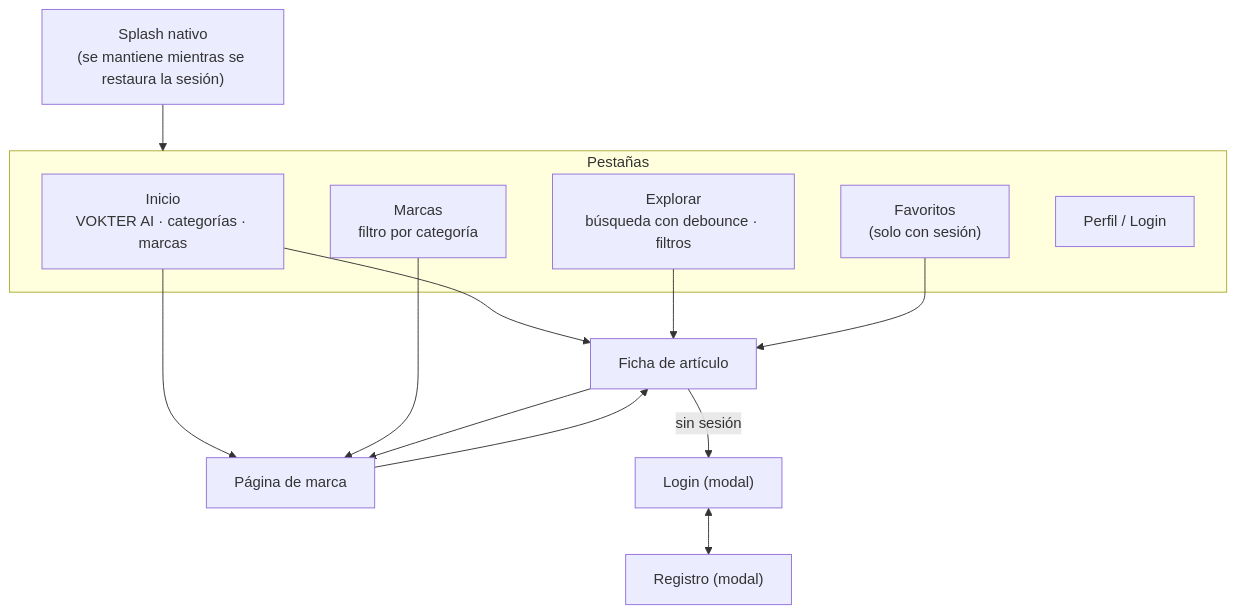
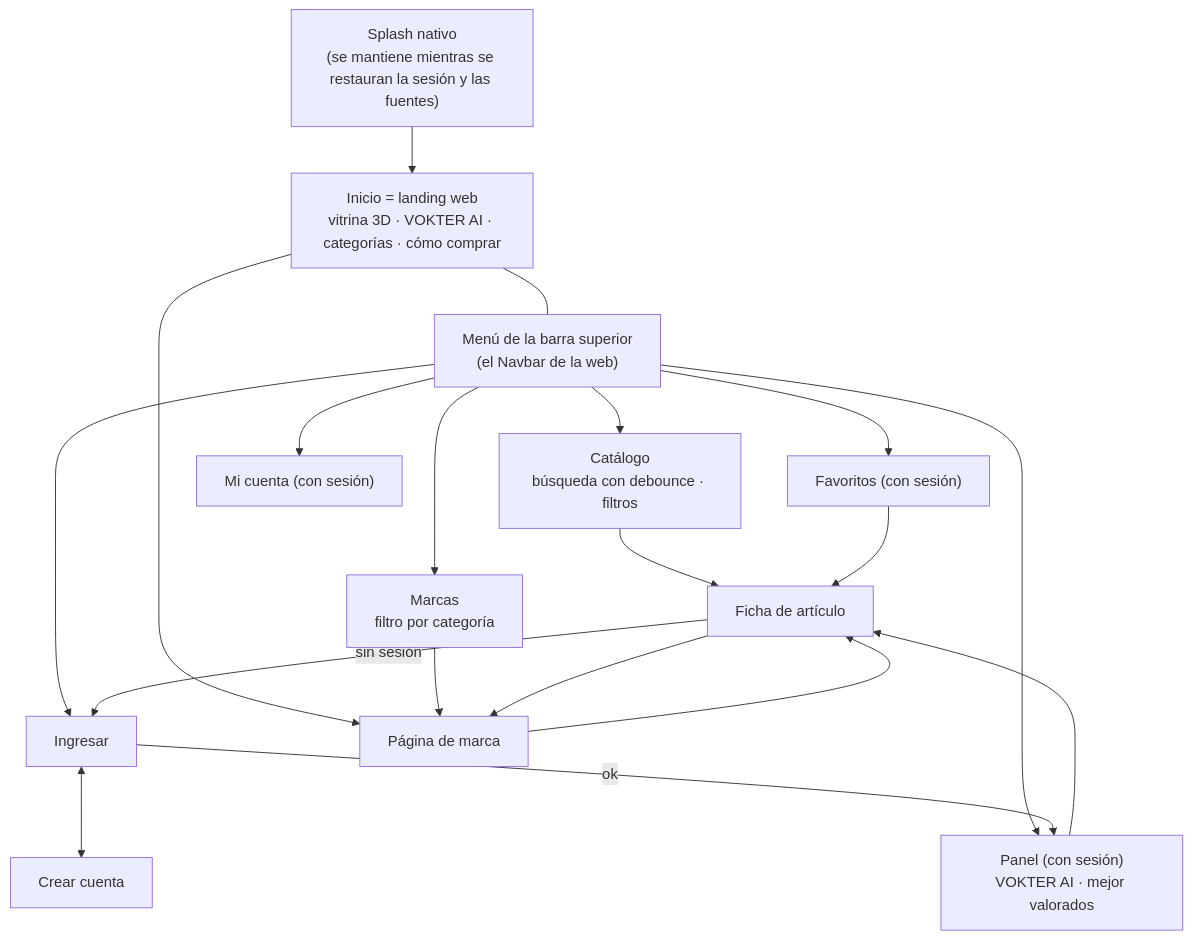
The second of 3 diagrams in docs/flows.md (Brayabn/vokter), drawn with Mermaid before and after one commit. The commit also changed other lines of this file and 48 other files, not shown here.

````diff
--- a/docs/flows.md
+++ b/docs/flows.md
@@ -48,20 +48,23 @@
 ```mermaid
 flowchart TD
-  Splash["Splash nativo<br/>(se mantiene mientras se restaura la sesión)"] --> Tabs
-  subgraph Tabs["Pestañas"]
-    Inicio["Inicio<br/>VOKTER AI · categorías · marcas"]
-    Explorar["Explorar<br/>búsqueda con debounce · filtros"]
-    Expertos["Marcas<br/>filtro por categoría"]
-    Favoritos["Favoritos<br/>(solo con sesión)"]
-    Perfil["Perfil / Login"]
-  end
-  Inicio --> Detalle["Ficha de artículo"]
-  Explorar --> Detalle
+  Splash["Splash nativo<br/>(se mantiene mientras se restauran la sesión y las fuentes)"] --> Inicio
+  Inicio["Inicio = landing web<br/>vitrina 3D · VOKTER AI · categorías · cómo comprar"]
+  Menu["Menú de la barra superior<br/>(el Navbar de la web)"]
+  Inicio --- Menu
+  Menu --> Catalogo["Catálogo<br/>búsqueda con debounce · filtros"]
+  Menu --> Marcas["Marcas<br/>filtro por categoría"]
+  Menu --> Panel["Panel (con sesión)<br/>VOKTER AI · mejor valorados"]
+  Menu --> Favoritos["Favoritos (con sesión)"]
+  Menu --> Cuenta["Mi cuenta (con sesión)"]
+  Menu --> Login["Ingresar"]
+  Login <--> Registro["Crear cuenta"]
+  Login -- "ok" --> Panel
+  Catalogo --> Detalle["Ficha de artículo"]
+  Panel --> Detalle
   Favoritos --> Detalle
-  Inicio --> PerfilExperto["Página de marca"]
-  Expertos --> PerfilExperto
-  Detalle --> PerfilExperto
-  PerfilExperto --> Detalle
-  Detalle -- "sin sesión" --> Login["Login (modal)"]
-  Login <--> Registro["Registro (modal)"]
+  Inicio --> PerfilMarca["Página de marca"]
+  Marcas --> PerfilMarca
+  Detalle --> PerfilMarca
+  PerfilMarca --> Detalle
+  Detalle -- "sin sesión" --> Login
 ```
````
